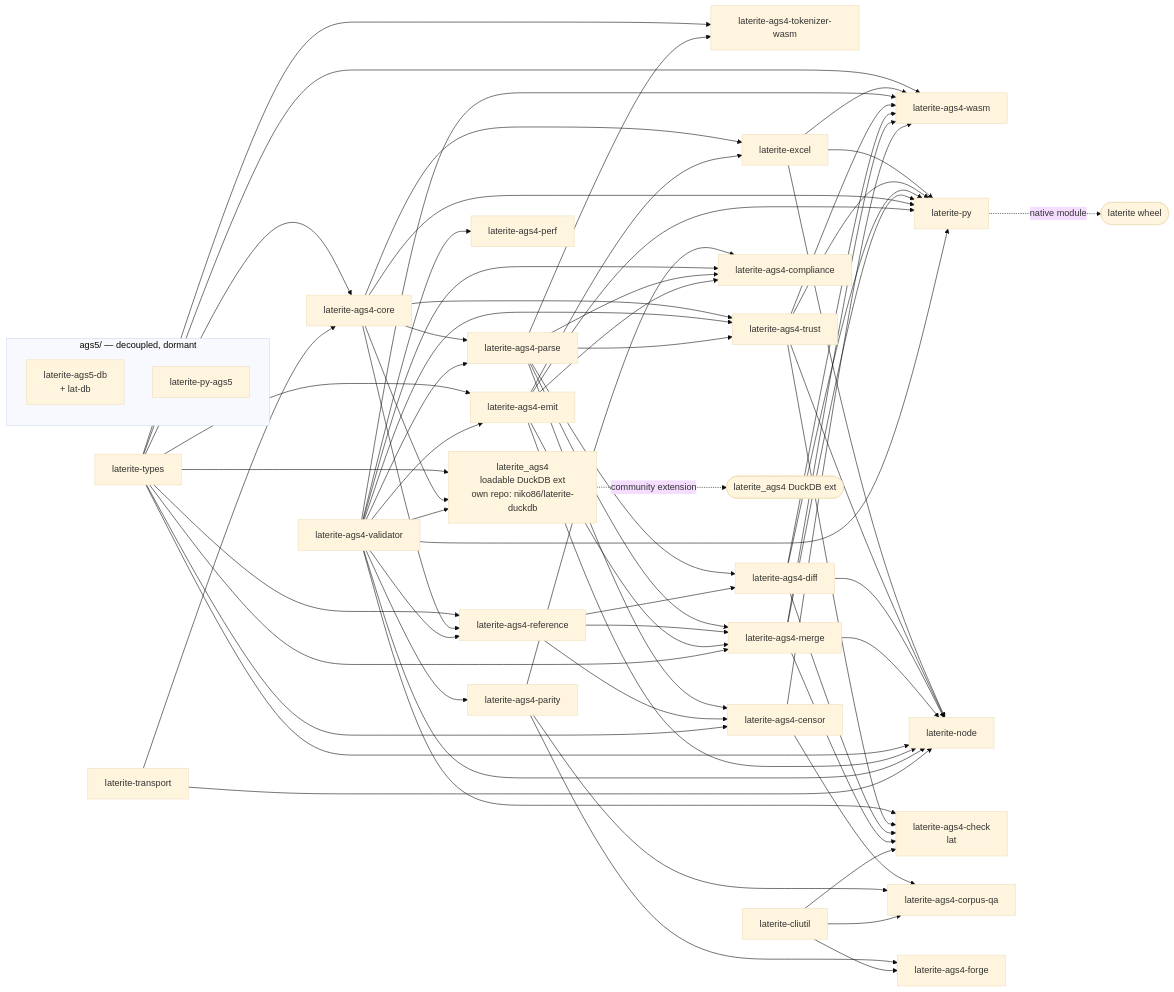
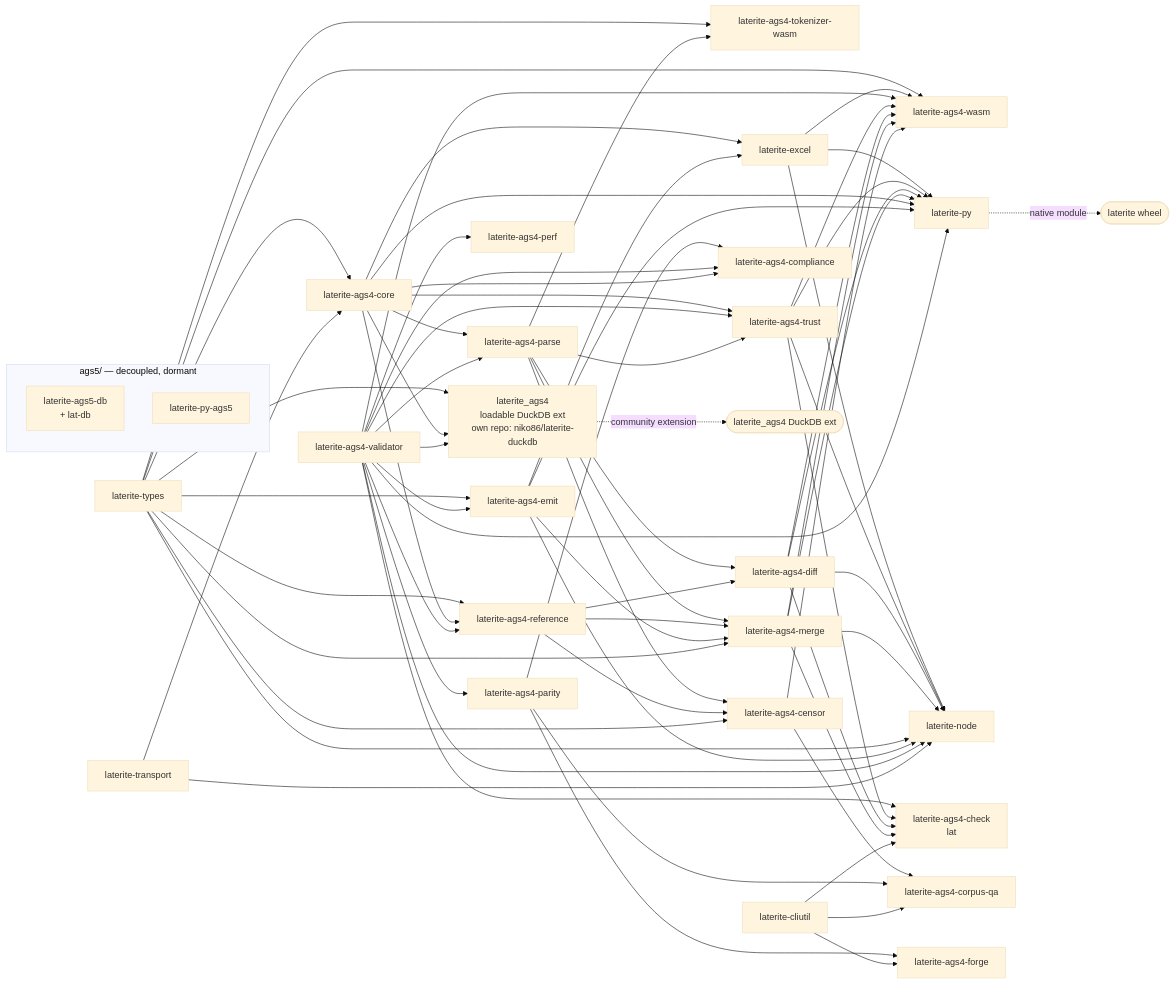
Before and after one commit to niko86/laterite: the diagram in ags-wiki/concepts/crate-map.md, drawn with Mermaid (base theme). The commit also changed other lines of this file and 4 other files, not shown here.

First line of the commit message:
docs(wiki): add compliance + xcheck tool pages; crate-graph to 24

````diff
--- a/ags-wiki/concepts/crate-map.md
+++ b/ags-wiki/concepts/crate-map.md
@@ -375,75 +375,74 @@
 ```mermaid
 flowchart LR
   types[laterite-types] --> core[laterite-ags4-core]
   types --> reference
   core --> parse[laterite-ags4-parse]
   core --> reference[laterite-ags4-reference]
   validator --> parse
   validator --> reference
   types --> wasm[laterite-ags4-wasm]
   types --> tokenizerwasm[laterite-ags4-tokenizer-wasm]
   parse --> tokenizerwasm
   types --> emit[laterite-ags4-emit]
   validator[laterite-ags4-validator] --> emit
   core --> excel[laterite-excel]
   emit --> excel
   excel --> latpy[laterite-py]
   excel --> latnode
   excel --> wasm
   validator --> check[laterite-ags4-check<br/>lat]
   validator --> wasm
   core --> trust[laterite-ags4-trust]
   validator --> trust
   parse --> trust
   trust --> check
   trust --> latpy
   trust --> latnode
   trust --> wasm
   parse --> diff[laterite-ags4-diff]
   reference --> diff
   diff --> check
   diff --> latpy
   diff --> latnode
   diff --> wasm
   parse --> merge[laterite-ags4-merge]
   reference --> merge
   emit --> merge
   types --> merge
   merge --> check
   merge --> latpy
   merge --> latnode
   merge --> wasm
   parse --> censor[laterite-ags4-censor]
   reference --> censor
   types --> censor
   censor --> corpusqa
   censor --> wasm
   validator --> parity[laterite-ags4-parity]
   core --> latpy[laterite-py]
   emit --> latpy
   validator --> latpy
   types --> latnode[laterite-node]
   emit --> latnode
   validator --> latnode
   transport[laterite-transport] --> core
   transport --> latnode
   types --> duckdb["laterite_ags4<br/>loadable DuckDB ext<br/>own repo: niko86/laterite-duckdb"]
   core --> duckdb
   validator --> duckdb
   parity --> corpusqa[laterite-ags4-corpus-qa]
   parity --> forge[laterite-ags4-forge]
   parity --> compliance[laterite-ags4-compliance]
   validator --> compliance
-  parse --> compliance
-  emit --> compliance
+  core --> compliance
   validator --> perf[laterite-ags4-perf]
   cliutil[laterite-cliutil] --> check
   cliutil --> corpusqa
   cliutil --> forge
   latpy -.native module.-> wlat([laterite wheel])
   duckdb -.community extension.-> cext([laterite_ags4 DuckDB ext])
   subgraph dormant["ags5/ — decoupled, dormant"]
     cli[laterite-ags5-db<br/>+ lat-db]
     latpy5[laterite-py-ags5]
   end
 ```
````
